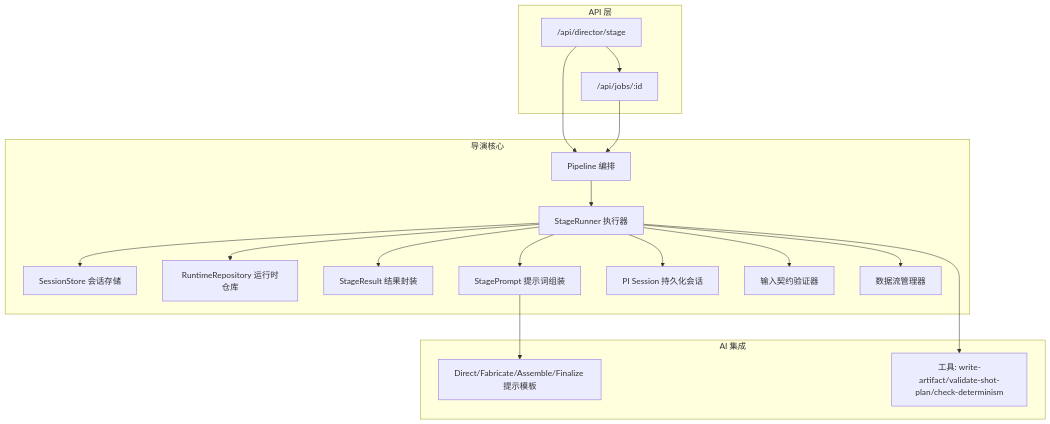
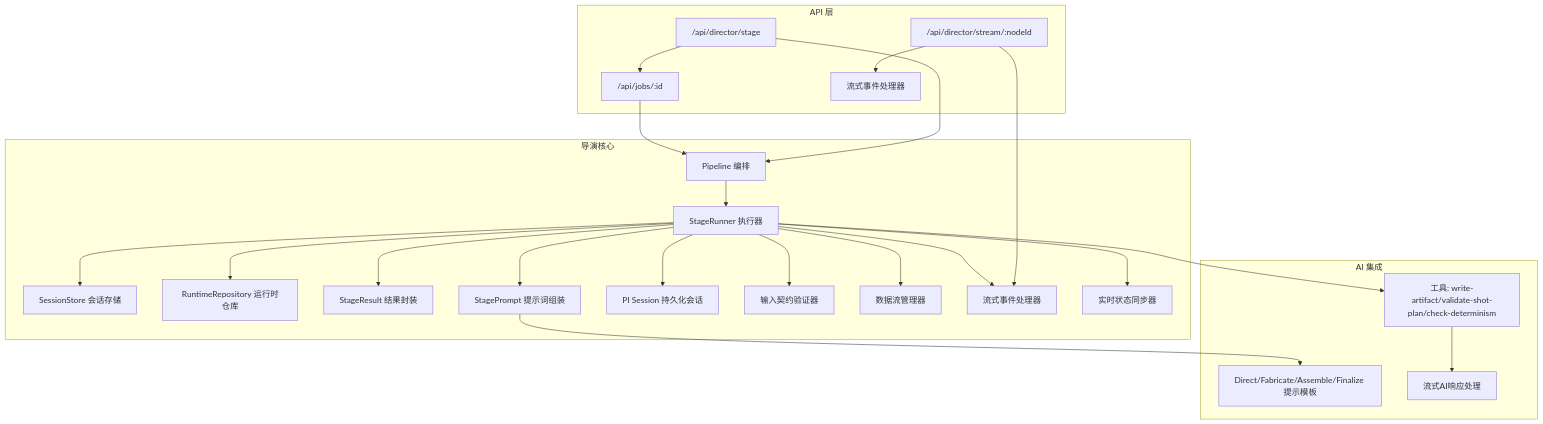
The first of 5 diagrams in .qoder/repowiki/zh/content/架构设计/核心模块设计/导演系统设计/导演系统设计.md (AIMFllyYS/code-video-canvas), drawn with Mermaid before and after one commit. The commit also changed other lines of this file and 47 other files, not shown here.

````diff
--- a/.qoder/repowiki/zh/content/架构设计/核心模块设计/导演系统设计/导演系统设计.md
+++ b/.qoder/repowiki/zh/content/架构设计/核心模块设计/导演系统设计/导演系统设计.md
@@ -61,33 +66,41 @@
 ```mermaid
 graph TB
 subgraph "API 层"
 A["/api/director/stage"] --> B["/api/jobs/:id"]
+C["/api/director/stream/:nodeId"] --> D["流式事件处理器"]
 end
 subgraph "导演核心"
-C["Pipeline 编排"]
-D["StageRunner 执行器"]
-E["SessionStore 会话存储"]
-F["RuntimeRepository 运行时仓库"]
-G["StageResult 结果封装"]
-H["StagePrompt 提示词组装"]
-I["PI Session 持久化会话"]
-J["输入契约验证器"]
-K["数据流管理器"]
+E["Pipeline 编排"]
+F["StageRunner 执行器"]
+G["SessionStore 会话存储"]
+H["RuntimeRepository 运行时仓库"]
+I["StageResult 结果封装"]
+J["StagePrompt 提示词组装"]
+K["PI Session 持久化会话"]
+L["输入契约验证器"]
+M["数据流管理器"]
+N["流式事件处理器"]
+O["实时状态同步器"]
 end
 subgraph "AI 集成"
-L["Direct/Fabricate/Assemble/Finalize 提示模板"]
-M["工具: write-artifact/validate-shot-plan/check-determinism"]
+P["Direct/Fabricate/Assemble/Finalize 提示模板"]
+Q["工具: write-artifact/validate-shot-plan/check-determinism"]
+R["流式AI响应处理"]
 end
-A --> C
-B --> C
-C --> D
-D --> E
-D --> F
-D --> G
-D --> H
-D --> I
-D --> J
-D --> K
-H --> L
-D --> M
+A --> E
+B --> E
+C --> N
+E --> F
+F --> G
+F --> H
+F --> I
+F --> J
+F --> K
+F --> L
+F --> M
+F --> N
+F --> O
+J --> P
+F --> Q
+Q --> R
 ```
````
